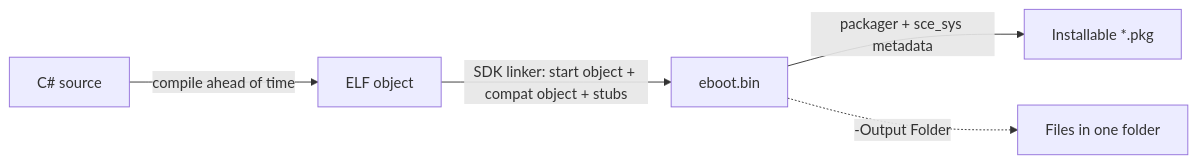
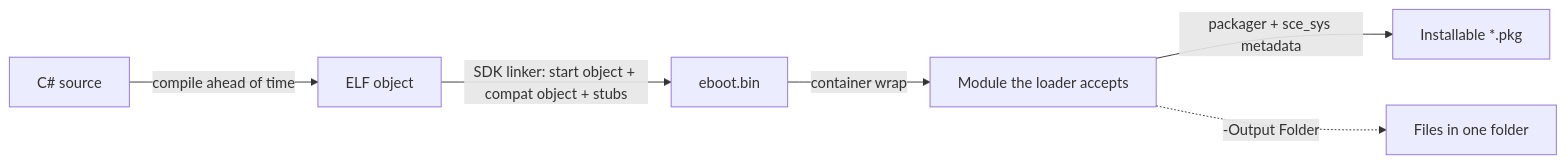
One commit to Gudui/SharpProspero changed the diagram in README.md. Above: the diagram before and after it, drawn with Mermaid. The commit also changed other lines of this file and 163 other files, not shown here.

````diff
--- a/README.md
+++ b/README.md
@@ -60,7 +65,8 @@
 ```mermaid
 flowchart LR
   A[C# source] -->|compile ahead of time| B[ELF object]
   B -->|SDK linker: start object + compat object + stubs| C[eboot.bin]
-  C -->|packager + sce_sys metadata| D[Installable *.pkg]
-  C -.->|-Output Folder| E[Files in one folder]
+  C -->|container wrap| W[Module the loader accepts]
+  W -->|packager + sce_sys metadata| D[Installable *.pkg]
+  W -.->|-Output Folder| E[Files in one folder]
 ```
````
